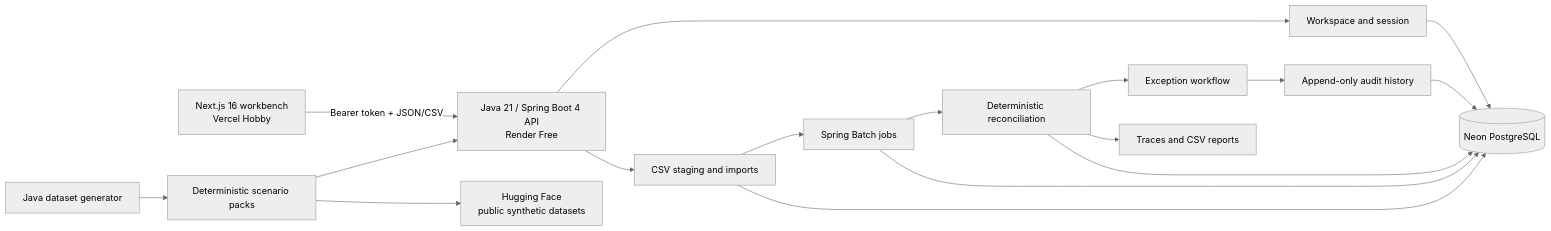
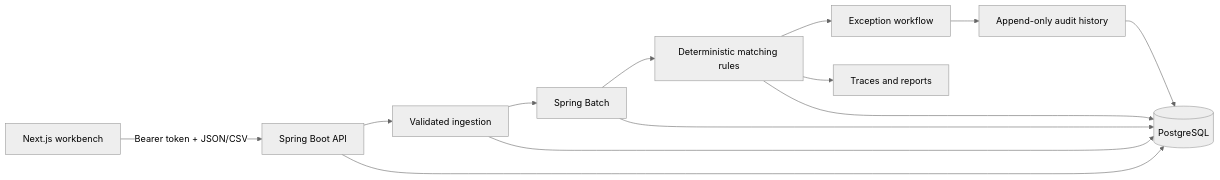
One commit to heybadrinath/reconriver changed the diagram in README.md. Above: the diagram before and after it, drawn with Mermaid (neutral theme). The commit also changed other lines of this file and 55 other files, not shown here.

````diff
--- a/README.md
+++ b/README.md
@@ -32,19 +25,15 @@
 ```mermaid
 flowchart LR
-    Browser["Next.js 16 workbench<br/>Vercel Hobby"] -->|"Bearer token + JSON/CSV"| API["Java 21 / Spring Boot 4 API<br/>Render Free"]
-    API --> Workspace["Workspace and session"]
-    API --> Ingestion["CSV staging and imports"]
-    Ingestion --> Batch["Spring Batch jobs"]
-    Batch --> Rules["Deterministic reconciliation"]
-    Rules --> Investigation["Exception workflow"]
-    Rules --> Reporting["Traces and CSV reports"]
-    Investigation --> Audit["Append-only audit history"]
-    Workspace --> Postgres[("Neon PostgreSQL")]
-    Ingestion --> Postgres
-    Batch --> Postgres
-    Rules --> Postgres
-    Audit --> Postgres
-    Generator["Java dataset generator"] --> Packs["Deterministic scenario packs"]
-    Packs --> API
-    Packs --> Dataset["Hugging Face<br/>public synthetic datasets"]
+    Web["Next.js workbench"] -->|"Bearer token + JSON/CSV"| API["Spring Boot API"]
+    API --> Import["Validated ingestion"]
+    Import --> Batch["Spring Batch"]
+    Batch --> Rules["Deterministic matching rules"]
+    Rules --> Cases["Exception workflow"]
+    Rules --> Reports["Traces and reports"]
+    Cases --> Audit["Append-only audit history"]
+    API --> DB[("PostgreSQL")]
+    Import --> DB
+    Batch --> DB
+    Rules --> DB
+    Audit --> DB
 ```
````
